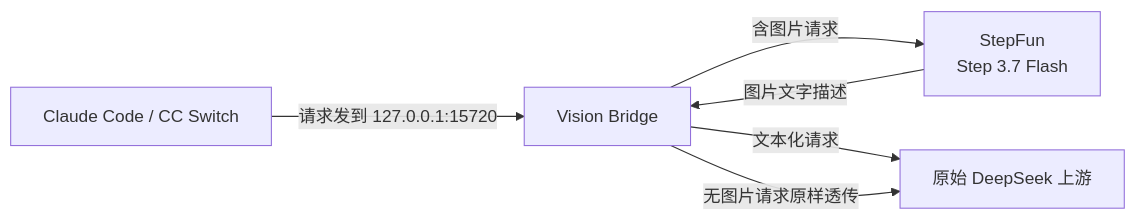
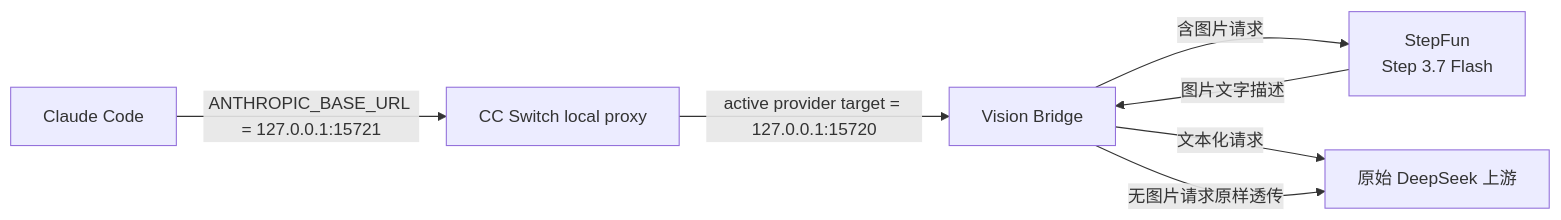
The diagram in README.md (R-R6/claude-deepseek-vision-bridge), drawn with Mermaid before and after one commit. The commit also changed other lines of this file, not shown here.

````diff
--- a/README.md
+++ b/README.md
@@ -32,8 +32,9 @@
 ```mermaid
 flowchart LR
-    CC["Claude Code / CC Switch"] -->|"请求发到 127.0.0.1:15720"| B["Vision Bridge"]
+    CC["Claude Code"] -->|"ANTHROPIC_BASE_URL = 127.0.0.1:15721"| S["CC Switch local proxy"]
+    S -->|"active provider target = 127.0.0.1:15720"| B["Vision Bridge"]
     B -->|"含图片请求"| V["StepFun<br/>Step 3.7 Flash"]
     V -->|"图片文字描述"| B
     B -->|"文本化请求"| D["原始 DeepSeek 上游"]
     B -->|"无图片请求原样透传"| D
 ```
````
